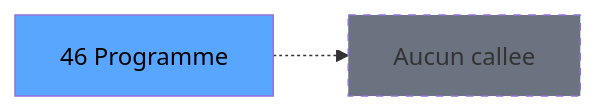
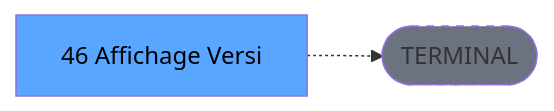
One commit to thonyAGP/lecteur-magic changed the third of 3 diagrams in .openspec/renders/ADH-IDE-46.md. Above: the diagram before and after it, drawn with Mermaid. The commit also changed other lines of this file and 701 other files, not shown here.

````diff
--- a/.openspec/renders/ADH-IDE-46.md
+++ b/.openspec/renders/ADH-IDE-46.md
@@ -122,8 +134,8 @@
 ```mermaid
 graph LR
-    T[46 Programme]
-    NONE[Aucun callee]
-    T -.-> NONE
+    T[46 Affichage Versi]
+    TERM([TERMINAL])
+    T -.-> TERM
+    style TERM fill:#6b7280,stroke-dasharray: 5 5
     style T fill:#58a6ff,color:#000
-    style NONE fill:#6b7280,stroke-dasharray: 5 5
 ```
````
